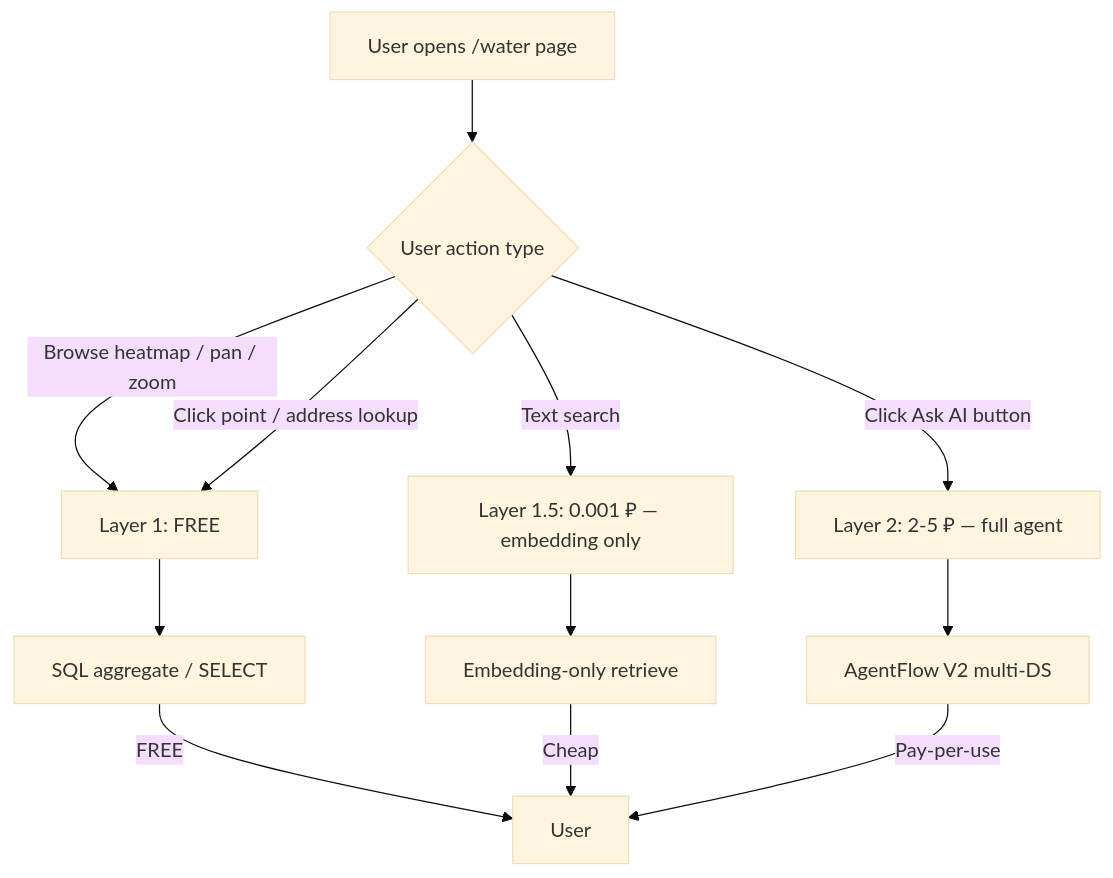
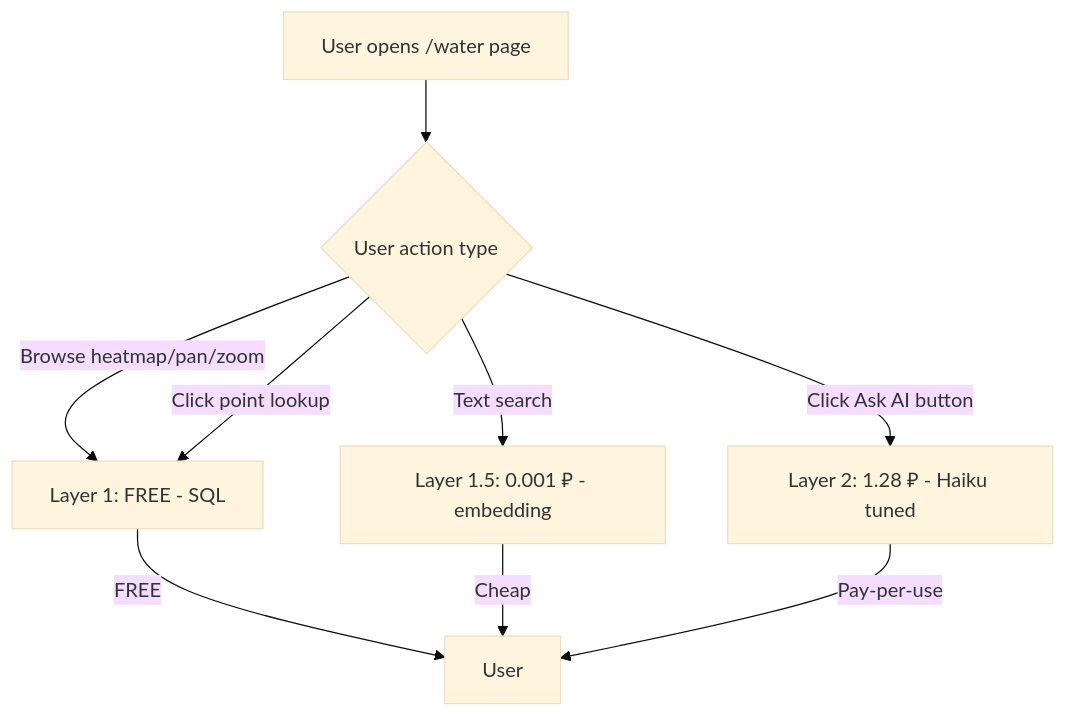
The diagram in docs/experiments/specs-enrichment/2026-05-21-smoke-20q-baseline.md (Pelmenya/slovo), drawn with Mermaid (base theme) before and after one commit. The commit also changed other lines of this file, not shown here.

````diff
--- a/docs/experiments/specs-enrichment/2026-05-21-smoke-20q-baseline.md
+++ b/docs/experiments/specs-enrichment/2026-05-21-smoke-20q-baseline.md
@@ -1175,14 +184,11 @@
 ```mermaid
 flowchart TD
     A[User opens /water page] --> B{User action type}
-    B -->|Browse heatmap / pan / zoom| C[Layer 1: FREE]
-    B -->|Click point / address lookup| C
-    B -->|Text search| D[Layer 1.5: 0.001 ₽ — embedding only]
-    B -->|Click Ask AI button| E[Layer 2: 2-5 ₽ — full agent]
-    C --> F[SQL aggregate / SELECT]
-    D --> G[Embedding-only retrieve]
-    E --> H[AgentFlow V2 multi-DS]
-    F -->|FREE| User
-    G -->|Cheap| User
-    H -->|Pay-per-use| User
+    B -->|Browse heatmap/pan/zoom| C[Layer 1: FREE - SQL]
+    B -->|Click point lookup| C
+    B -->|Text search| D[Layer 1.5: 0.001 ₽ - embedding]
+    B -->|Click Ask AI button| E[Layer 2: 1.28 ₽ - Haiku tuned]
+    C -->|FREE| User
+    D -->|Cheap| User
+    E -->|Pay-per-use| User
 ```
````
